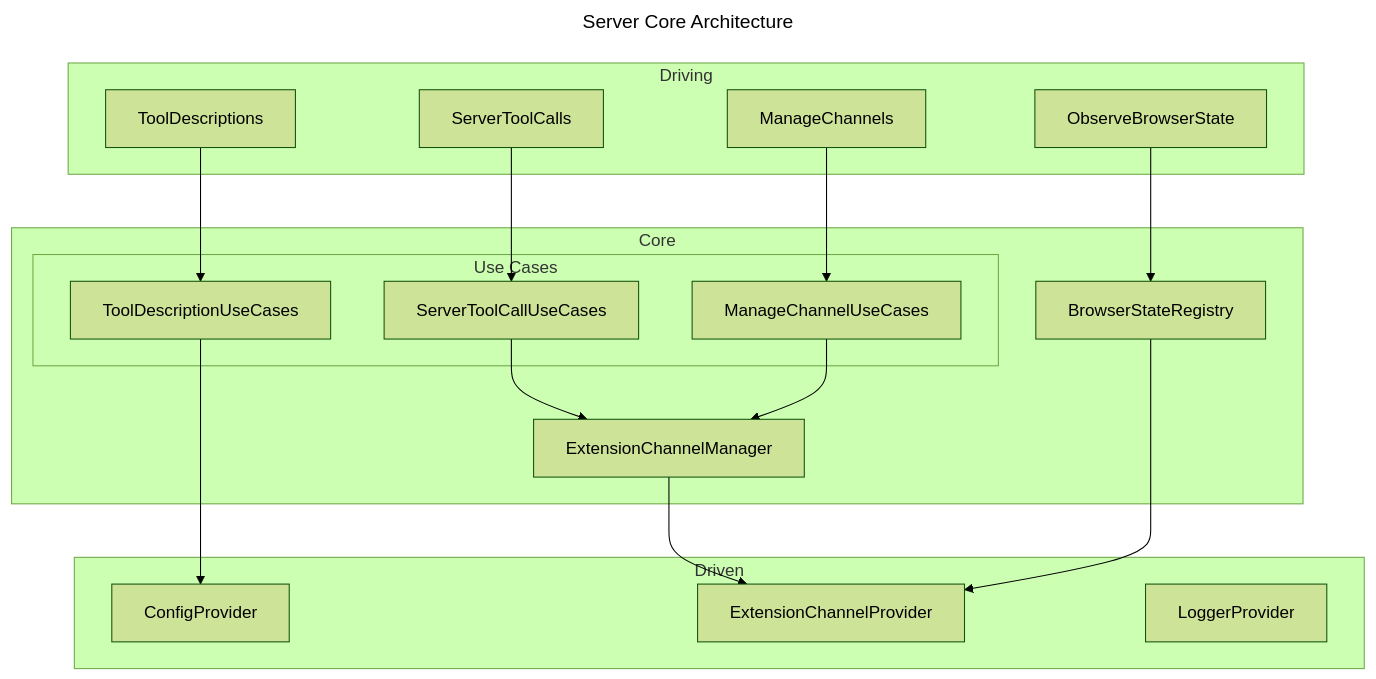
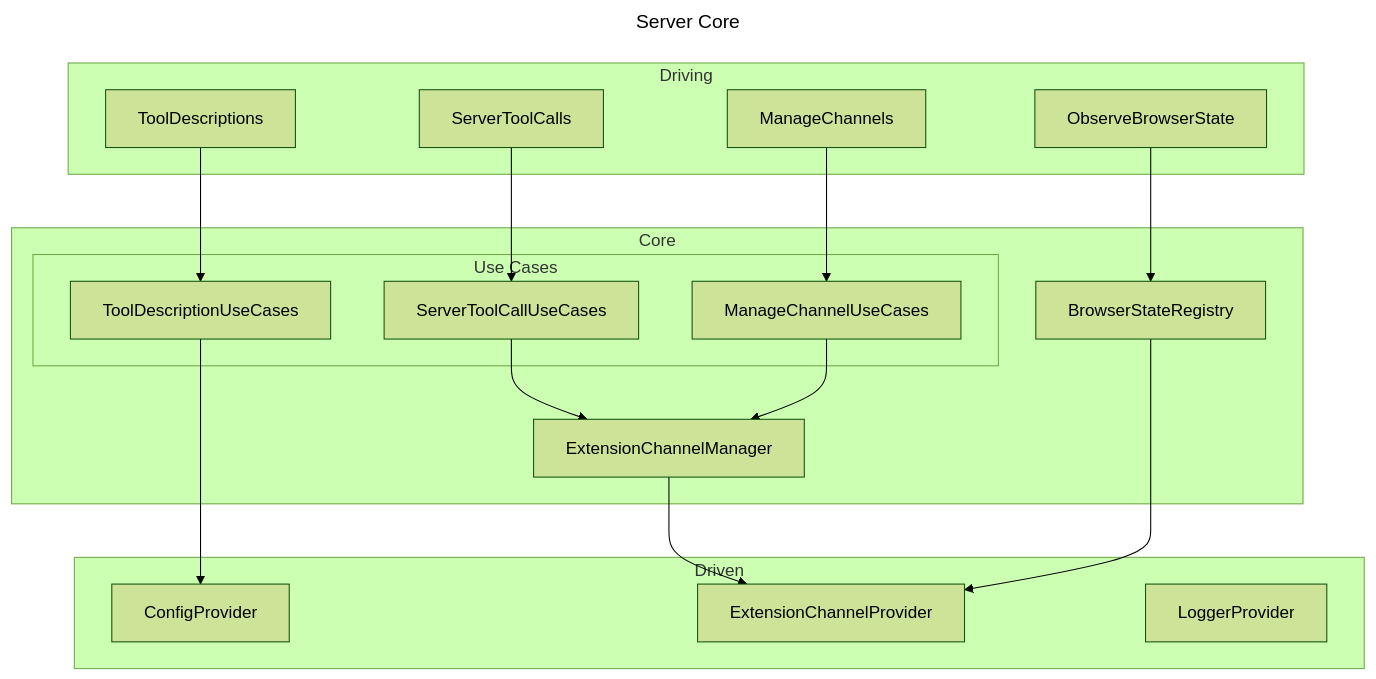
Before and after one commit to ndthanhdev/mcp-browser-kit: the second of 11 diagrams in docs/architecture.md, drawn with Mermaid (forest theme). The commit also changed other lines of this file, not shown here.

Commit message:
chore: update architecture documentation for clarity and structure (#145)

````diff
--- a/docs/architecture.md
+++ b/docs/architecture.md
@@ -35,41 +29,41 @@
 ```mermaid
 ---
-title: Server Core Architecture
+title: Server Core
 ---
 flowchart TD
   subgraph ServerDriving["Driving"]
     ServerToolCalls
     ManageChannels
     ToolDescriptions
     ObserveBrowserState
   end
 
   subgraph ServerCore["Core"]
     subgraph UseCases["Use Cases"]
       ServerToolCallUseCases
       ManageChannelUseCases
       ToolDescriptionUseCases
     end
     ExtensionChannelManager
     BrowserStateRegistry
   end
 
   subgraph ServerDriven["Driven"]
     ConfigProvider["ConfigProvider"]
     ExtensionChannelProvider
     LoggerProvider["LoggerProvider"]
   end
 
   %% From Driving
   ServerToolCalls --> ServerToolCallUseCases
   ToolDescriptions --> ToolDescriptionUseCases
   ManageChannels --> ManageChannelUseCases
   ObserveBrowserState --> BrowserStateRegistry
   %% From Core
   ServerToolCallUseCases--> ExtensionChannelManager
   ManageChannelUseCases --> ExtensionChannelManager
   ExtensionChannelManager --> ExtensionChannelProvider
   BrowserStateRegistry --> ExtensionChannelProvider
   ToolDescriptionUseCases --> ConfigProvider
 
 ```
````
